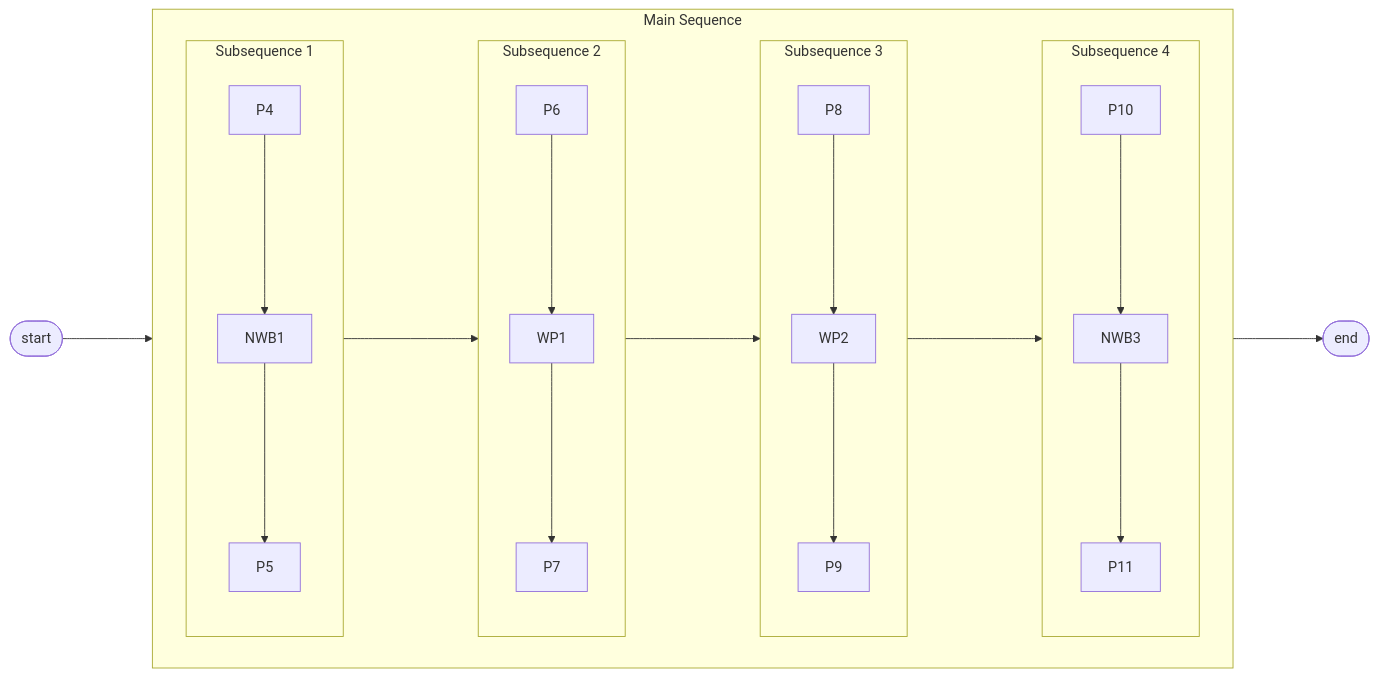
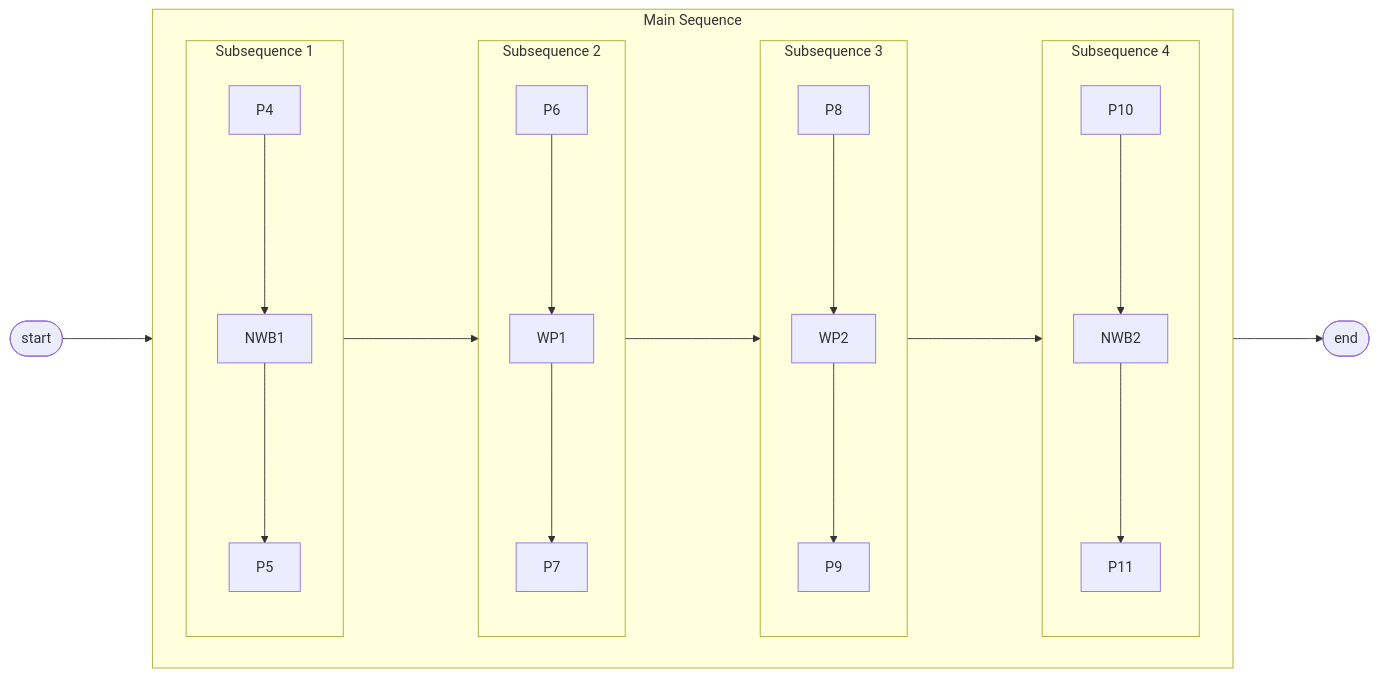
Before and after one commit to flowdev/comb: the sixth of 7 diagrams in error_handling.md, drawn with Mermaid. The commit also changed other lines of this file, not shown here.

````diff
--- a/error_handling.md
+++ b/error_handling.md
@@ -262,41 +302,41 @@
 ```mermaid
 flowchart LR
   st(["start"])
   subgraph main["Main Sequence"]
     direction LR
     subgraph sub1["Subsequence 1"]
       direction TB
       p11["P4"]
       p12["NWB1"]
       p13["P5"]
       p11--->p12--->p13
     end
     subgraph sub2["Subsequence 2"]
       direction TB
       p21["P6"]
       p22["WP1"]
       p23["P7"]
       p21--->p22--->p23
     end
     sub1--->sub2
     subgraph sub3["Subsequence 3"]
       direction TB
       p31["P8"]
       p32["WP2"]
       p33["P9"]
       p31--->p32--->p33
     end
     sub2--->sub3
     subgraph sub4["Subsequence 4"]
       direction TB
       p41["P10"]
-      p42["NWB3"]
+      p42["NWB2"]
       p43["P11"]
       p41--->p42--->p43
     end
     sub3--->sub4
   end
   ed(["end"])
   st--->main
   main--->ed
 ```
````
